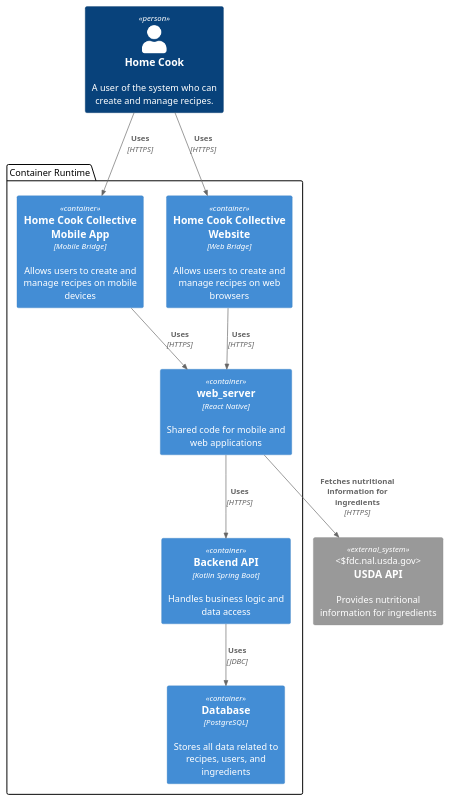
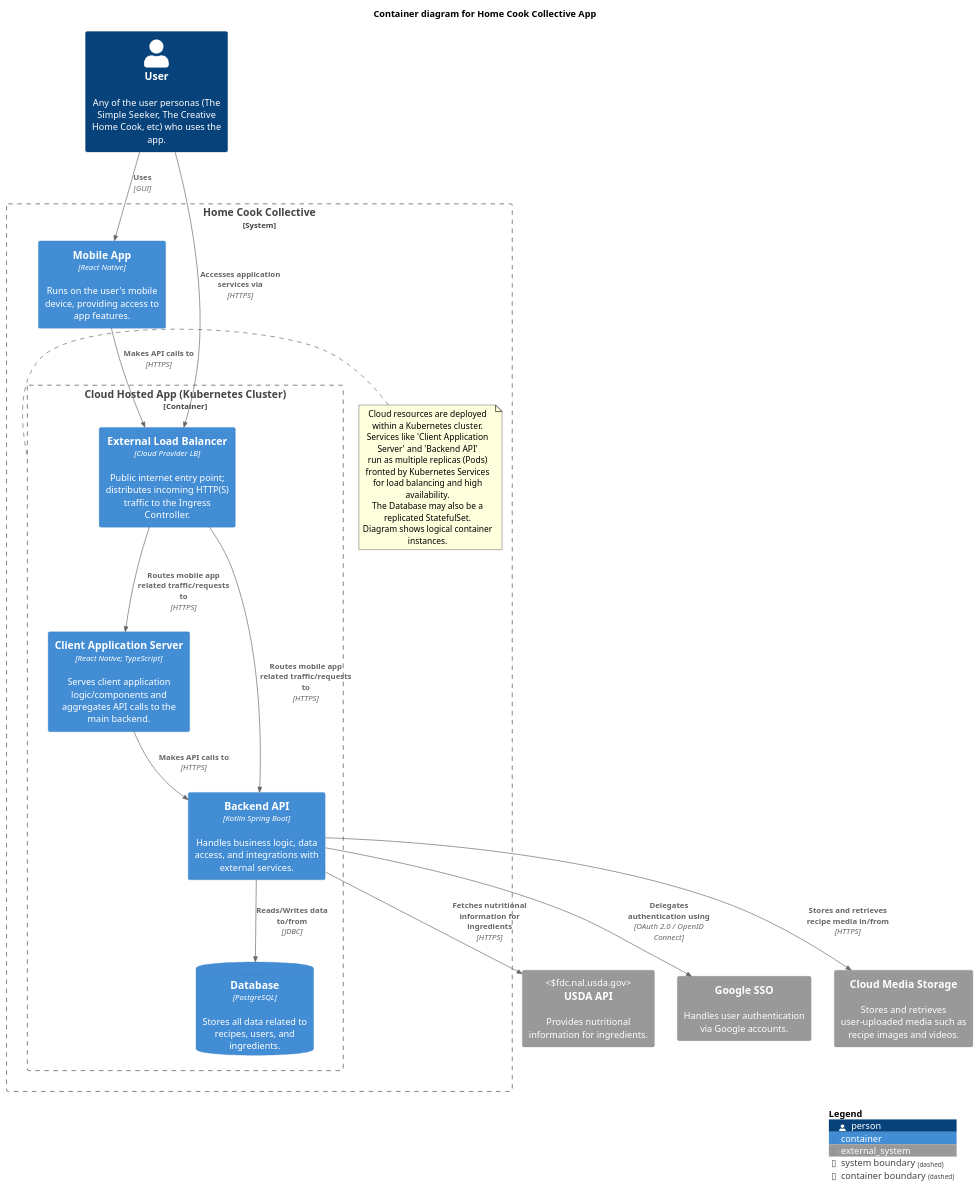
The diagram in diagrams/src/hcc-container.puml (darius-despain/SE577-SoftwareArchitecture), drawn with PlantUML before and after one commit.

Commit message:
added more to container diagram

```diff
--- a/diagrams/src/hcc-container.puml
+++ b/diagrams/src/hcc-container.puml
@@ -1,22 +1,49 @@
-@startuml "Home-Cook-Collective-Context"
+@startuml "Home-Cook-Collective-Container"
 !include ../C4_Container.puml
 
-Person(cook, "Home Cook", "A user of the system who can create and manage recipes.")
-package "Container Runtime" <<boundary>> as c1 {
-    Container(bridge_mobile, "Home Cook Collective Mobile App", "Mobile Bridge", "Allows users to create and manage recipes on mobile devices")
-    Container(bridge_web, "Home Cook Collective Website", "Web Bridge", "Allows users to create and manage recipes on web browsers")
-    Container(web_server, "web_server", "React Native", "Shared code for mobile and web applications")
-    Container(db, "Database", "PostgreSQL", "Stores all data related to recipes, users, and ingredients")
-    Container(backend, "Backend API", "Kotlin Spring Boot", "Handles business logic and data access")
+title Container diagram for Home Cook Collective App
+
+Person(user, "User", "Any of the user personas (The Simple Seeker, The Creative Home Cook, etc) who uses the app.")
+
+System_Ext(usda_api, "USDA API","Provides nutritional information for ingredients.", "fdc.nal.usda.gov")
+System_Ext(google_sso_ext, "Google SSO", "Handles user authentication via Google accounts.")
+System_Ext(media_storage_ext, "Cloud Media Storage", "Stores and retrieves user-uploaded media such as recipe images and videos.")
+
+System_Boundary(hcc_system, "Home Cook Collective") {
+    Container(mobile_app_client, "Mobile App", "React Native", "Runs on the user's mobile device, providing access to app features.")
+
+    Container_Boundary(hcc_k8s_cluster, "Cloud Hosted App (Kubernetes Cluster)") {
+
+        Container(external_lb, "External Load Balancer", "Cloud Provider LB", "Public internet entry point; distributes incoming HTTP(S) traffic to the Ingress Controller.")
+
+        Container(web_server, "Client Application Server", "React Native; TypeScript", "Serves client application logic/components and aggregates API calls to the main backend.")
+
+        Container(backend, "Backend API", "Kotlin Spring Boot", "Handles business logic, data access, and integrations with external services.")
+        ContainerDb(db, "Database", "PostgreSQL", "Stores all data related to recipes, users, and ingredients.")
+    }
+    note left of hcc_k8s_cluster
+        Cloud resources are deployed within a Kubernetes cluster.
+        Services like 'Client Application Server' and 'Backend API'
+        run as multiple replicas (Pods) fronted by Kubernetes Services
+        for load balancing and high availability.
+        The Database may also be a replicated StatefulSet.
+        Diagram shows logical container instances.
+    end note
 }
 
-System_Ext(usda_api, "USDA API","Provides nutritional information for ingredients", "fdc.nal.usda.gov")
+Rel(user, mobile_app_client, "Uses", "GUI")
+Rel(user, external_lb, "Accesses application services via", "HTTPS")
 
-Rel(cook, bridge_mobile, "Uses", "HTTPS")
-Rel(cook, bridge_web, "Uses", "HTTPS")
-Rel(bridge_mobile, web_server, "Uses", "HTTPS")
-Rel(bridge_web, web_server, "Uses", "HTTPS")
-Rel(web_server, backend, "Uses", "HTTPS")
-Rel(backend, db, "Uses", "JDBC")
-Rel(web_server, usda_api, "Fetches nutritional information for ingredients", "HTTPS")
+Rel(mobile_app_client, external_lb, "Makes API calls to", "HTTPS")
+Rel(external_lb, web_server, "Routes mobile app related traffic/requests to", "HTTPS")
+Rel(external_lb, backend, "Routes mobile app related traffic/requests to", "HTTPS")
+
+Rel(web_server, backend, "Makes API calls to", "HTTPS")
+
+Rel(backend, usda_api, "Fetches nutritional information for ingredients", "HTTPS")
+Rel(backend, db, "Reads/Writes data to/from", "JDBC")
+Rel(backend, google_sso_ext, "Delegates authentication using", "OAuth 2.0 / OpenID Connect")
+Rel(backend, media_storage_ext, "Stores and retrieves recipe media in/from", "HTTPS")
+
+SHOW_LEGEND()
 @enduml
```
